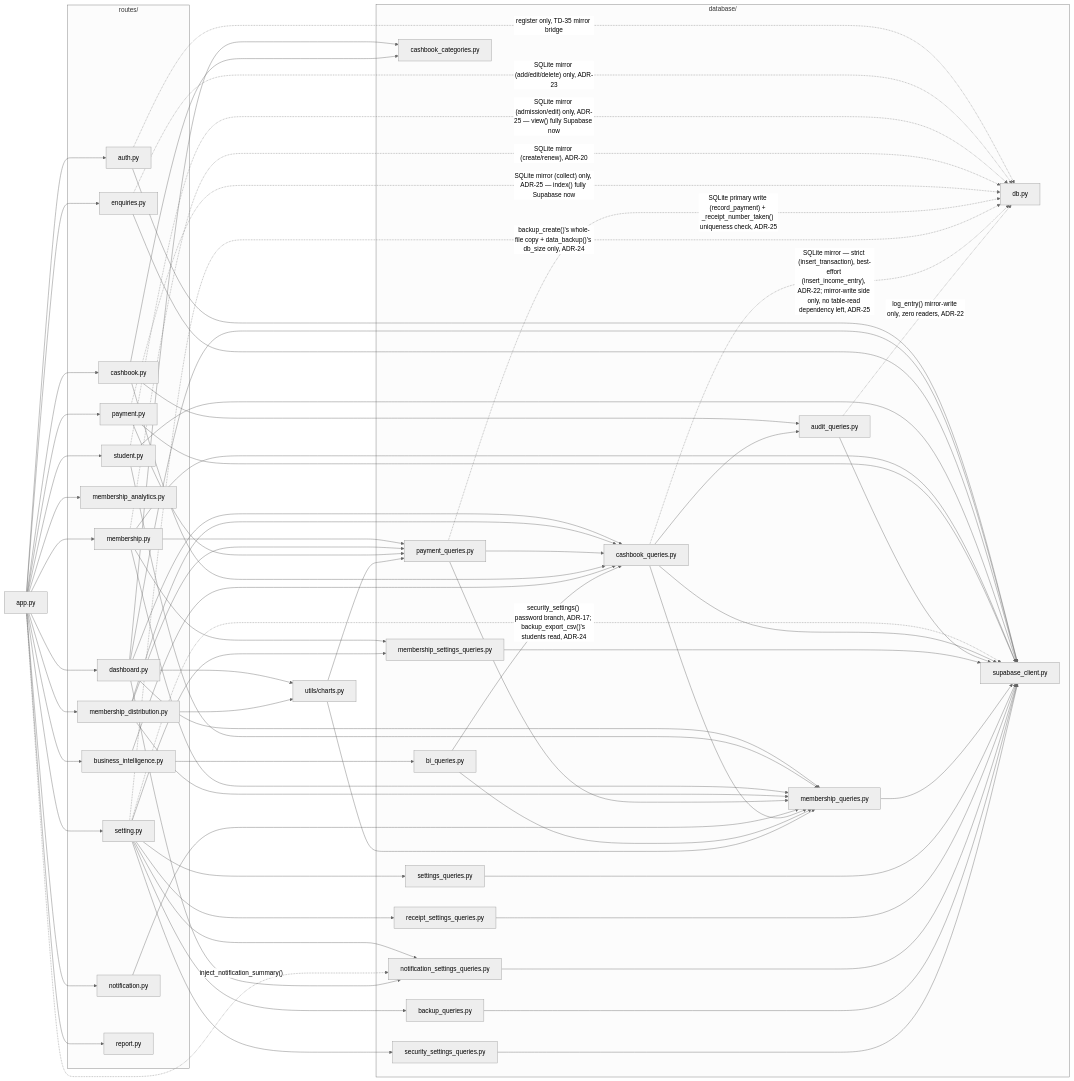
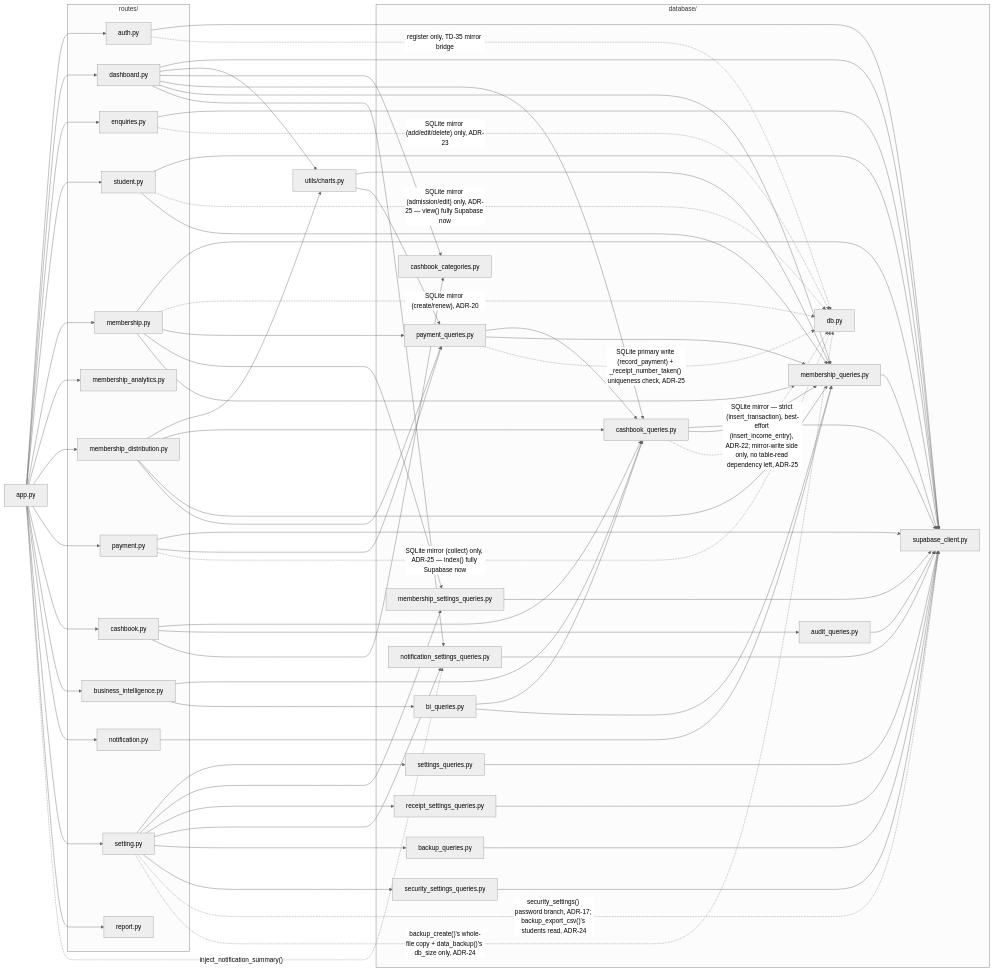
One commit to saloni-keshore/smart-library-management-system changed the fifth of 5 diagrams in docs/DIAGRAMS.md. Above: the diagram before and after it, drawn with Mermaid (neutral theme). The commit also changed other lines of this file and 12 other files, not shown here.

First line of the commit message:
Remove audit_log SQLite mirror-write (Phase 10, first mirror fully removed)

```diff
--- a/docs/DIAGRAMS.md
+++ b/docs/DIAGRAMS.md
@@ -400,11 +398,9 @@
     cashbook_queries_py --> supabase_client_py
     cashbook_queries_py --> membership_queries_py
     cashbook_queries_py -.->|"SQLite mirror — strict (insert_transaction), best-effort (insert_income_entry), ADR-22; mirror-write side only, no table-read dependency left, ADR-25"| db_py
-    cashbook_queries_py --> audit_queries_py
     bi_queries_py --> cashbook_queries_py
     bi_queries_py --> membership_queries_py
     audit_queries_py --> supabase_client_py
-    audit_queries_py -.->|"log_entry() mirror-write only, zero readers, ADR-22"| db_py
     membership_settings_queries_py --> supabase_client_py
     membership_queries_py --> supabase_client_py
     settings_queries_py --> supabase_client_py
```
